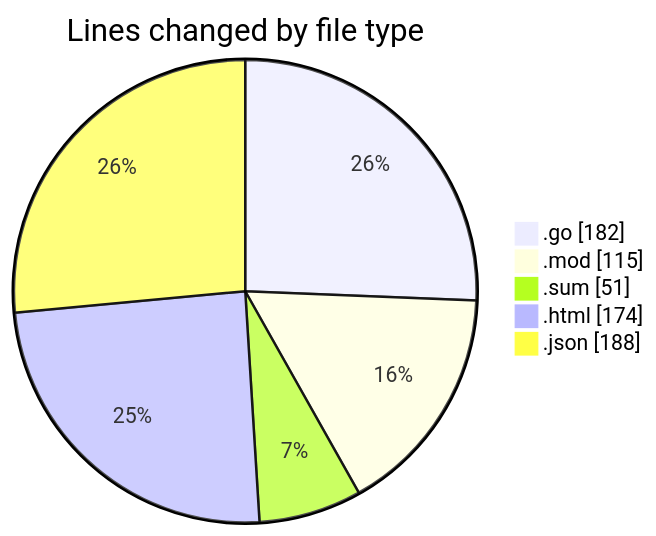
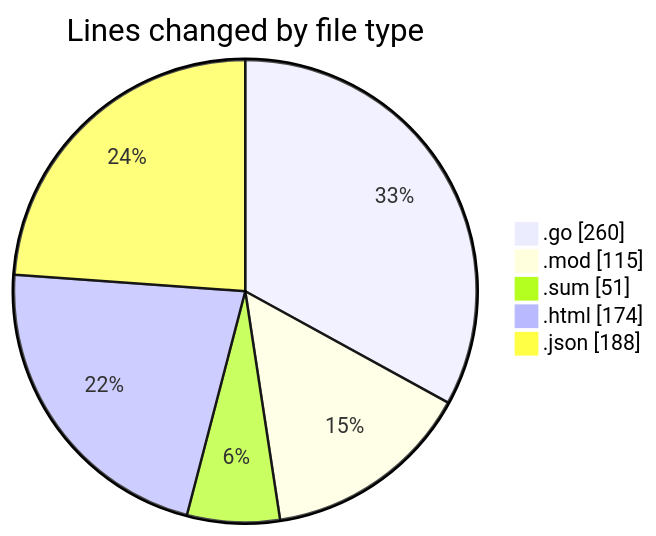
One commit to Ritupan-Deka/code-tracking changed the first of 2 diagrams in 2025-11-01/backend/README.md. Above: the diagram before and after it, drawn with Mermaid. The commit also changed other lines of this file and 1 other file, not shown here.

````diff
--- a/2025-11-01/backend/README.md
+++ b/2025-11-01/backend/README.md
@@ -27,9 +29,9 @@
 ```mermaid
 pie showData
 title Lines changed by file type
-".go" : 182
+".go" : 260
 ".mod" : 115
 ".sum" : 51
 ".html" : 174
 ".json" : 188
 ```
````
